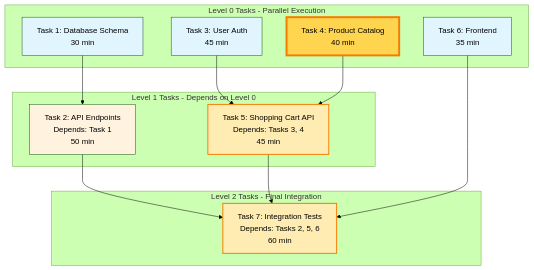
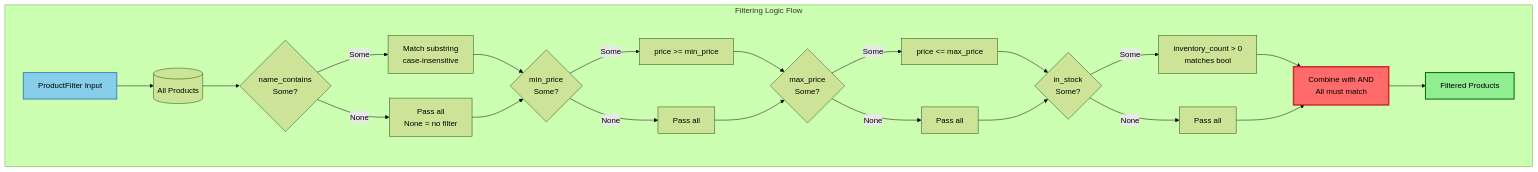
One commit to 5dlabs/cto-parallel-test changed the fifth of 5 diagrams in .taskmaster/docs/task-4/diagrams.mmd. Above: the diagram before and after it, drawn with Mermaid (forest theme). The commit also changed other lines of this file and 34 other files, not shown here.

````diff
--- a/.taskmaster/docs/task-4/diagrams.mmd
+++ b/.taskmaster/docs/task-4/diagrams.mmd
@@ -182,37 +182,59 @@
 ```mermaid
-graph TB
-    subgraph "Level 0 Tasks - Parallel Execution"
-        Task1[Task 1: Database Schema<br/>30 min]
-        Task3[Task 3: User Auth<br/>45 min]
-        Task4[Task 4: Product Catalog<br/>40 min]
-        Task6[Task 6: Frontend<br/>35 min]
+graph TD
+    subgraph "Filtering Logic Flow"
+        Start[ProductFilter Input]
+        Products[(All Products)]
+
+        NC{name_contains<br/>Some?}
+        NM[Match substring<br/>case-insensitive]
+        NP[Pass all<br/>None = no filter]
+
+        MP{min_price<br/>Some?}
+        MPM[price &gt;= min_price]
+        MPP[Pass all]
+
+        MXP{max_price<br/>Some?}
+        MXPM[price &lt;= max_price]
+        MXPP[Pass all]
+
+        IS{in_stock<br/>Some?}
+        ISM[inventory_count &gt; 0<br/>matches bool]
+        ISP[Pass all]
+
+        AND[Combine with AND<br/>All must match]
+        Result[Filtered Products]
     end
 
-    subgraph "Level 1 Tasks - Depends on Level 0"
-        Task2[Task 2: API Endpoints<br/>Depends: Task 1<br/>50 min]
-        Task5[Task 5: Shopping Cart API<br/>Depends: Tasks 3, 4<br/>45 min]
-    end
+    Start --> Products
+    Products --> NC
 
-    subgraph "Level 2 Tasks - Final Integration"
-        Task7[Task 7: Integration Tests<br/>Depends: Tasks 2, 5, 6<br/>60 min]
-    end
+    NC -->|Some| NM
+    NC -->|None| NP
 
-    Task1 --> Task2
-    Task3 --> Task5
-    Task4 --> Task5
-    Task2 --> Task7
-    Task5 --> Task7
-    Task6 --> Task7
+    NM --> MP
+    NP --> MP
 
-    style Task4 fill:#ffd54f,stroke:#f57c00,stroke-width:4px
-    style Task5 fill:#ffecb3,stroke:#f57c00,stroke-width:2px
-    style Task7 fill:#ffecb3,stroke:#f57c00,stroke-width:2px
+    MP -->|Some| MPM
+    MP -->|None| MPP
 
-    classDef level0 fill:#e1f5fe
-    classDef level1 fill:#fff3e0
-    classDef level2 fill:#f3e5f5
+    MPM --> MXP
+    MPP --> MXP
 
-    class Task1,Task3,Task4,Task6 level0
-    class Task2,Task5 level1
-    class Task7 level2
+    MXP -->|Some| MXPM
+    MXP -->|None| MXPP
+
+    MXPM --> IS
+    MXPP --> IS
+
+    IS -->|Some| ISM
+    IS -->|None| ISP
+
+    ISM --> AND
+    ISP --> AND
+
+    AND --> Result
+
+    style Start fill:#87CEEB,stroke:#4682B4,stroke-width:2px
+    style AND fill:#FF6B6B,stroke:#C92A2A,stroke-width:3px
+    style Result fill:#90EE90,stroke:#006400,stroke-width:2px
 ```
````
